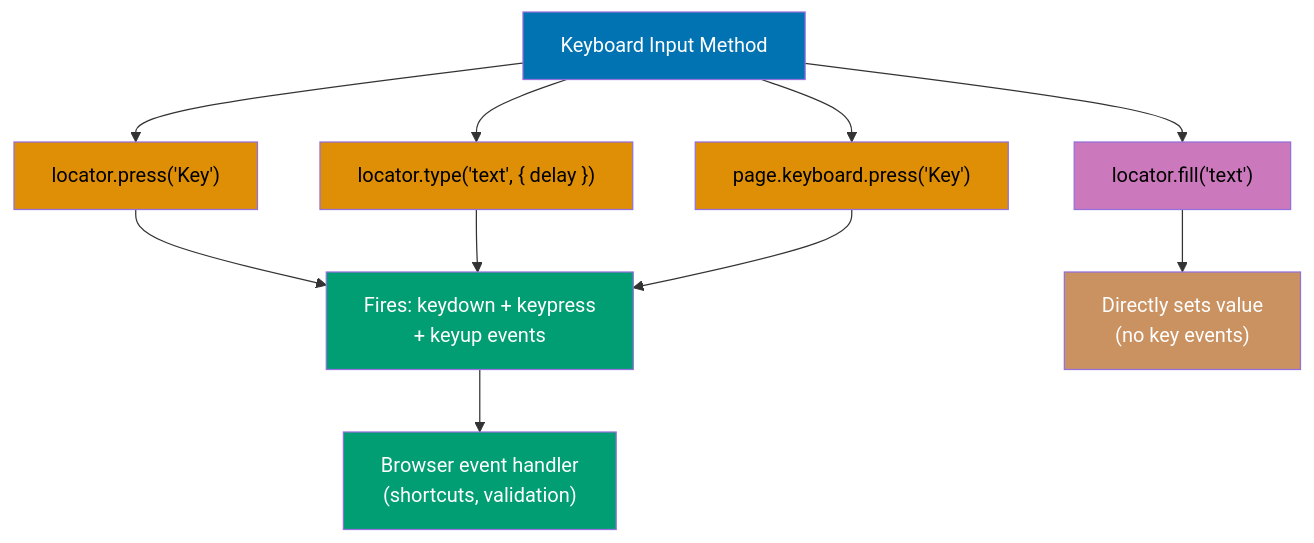
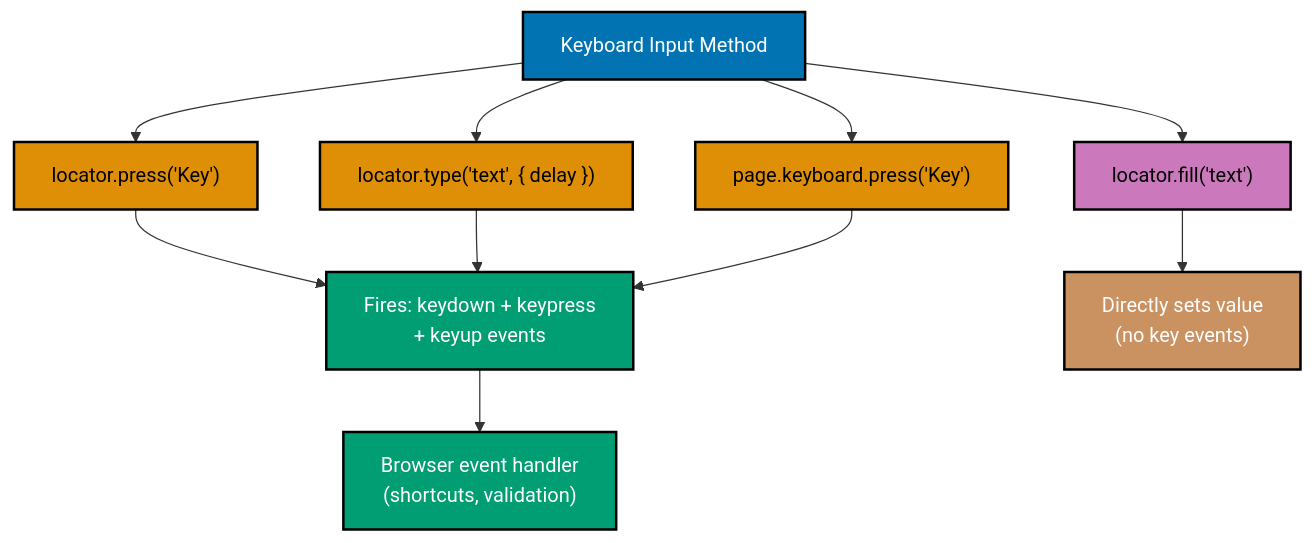
Before and after one commit to wahidyankf/open-sharia-enterprise: diagram 13 of 15 in apps/ayokoding-web/content/en/learn/software-engineering/automation-testing/tools/playwright/by-example/beginner.md, drawn with Mermaid. The commit also changed other lines of this file and 25 other files, not shown here.

````diff
--- a/apps/ayokoding-web/content/en/learn/software-engineering/automation-testing/tools/playwright/by-example/beginner.md
+++ b/apps/ayokoding-web/content/en/learn/software-engineering/automation-testing/tools/playwright/by-example/beginner.md
@@ -1695,22 +1695,22 @@
 ```mermaid
 %% Color Palette: Blue #0173B2, Orange #DE8F05, Teal #029E73, Purple #CC78BC, Brown #CA9161
 graph TD
     Input["Keyboard Input Method"] --> PressKey["locator.press('Key')"]
     Input --> TypeStr["locator.type('text', { delay })"]
     Input --> FillStr["locator.fill('text')"]
     Input --> PageKey["page.keyboard.press('Key')"]
     PressKey --> Events["Fires: keydown + keypress<br/>+ keyup events"]
     TypeStr --> Events
     FillStr --> SetVal["Directly sets value<br/>(no key events)"]
     PageKey --> Events
     Events --> Handler["Browser event handler<br/>(shortcuts, validation)"]
 
-    style Input fill:#0173B2,color:#fff
-    style PressKey fill:#DE8F05,color:#000
-    style TypeStr fill:#DE8F05,color:#000
-    style FillStr fill:#CC78BC,color:#000
-    style PageKey fill:#DE8F05,color:#000
-    style Events fill:#029E73,color:#fff
-    style SetVal fill:#CA9161,color:#fff
-    style Handler fill:#029E73,color:#fff
+    style Input fill:#0173B2,stroke:#000000,stroke-width:2px,color:#fff
+    style PressKey fill:#DE8F05,stroke:#000000,stroke-width:2px,color:#000
+    style TypeStr fill:#DE8F05,stroke:#000000,stroke-width:2px,color:#000
+    style FillStr fill:#CC78BC,stroke:#000000,stroke-width:2px,color:#000
+    style PageKey fill:#DE8F05,stroke:#000000,stroke-width:2px,color:#000
+    style Events fill:#029E73,stroke:#000000,stroke-width:2px,color:#fff
+    style SetVal fill:#CA9161,stroke:#000000,stroke-width:2px,color:#fff
+    style Handler fill:#029E73,stroke:#000000,stroke-width:2px,color:#fff
 ```
````
